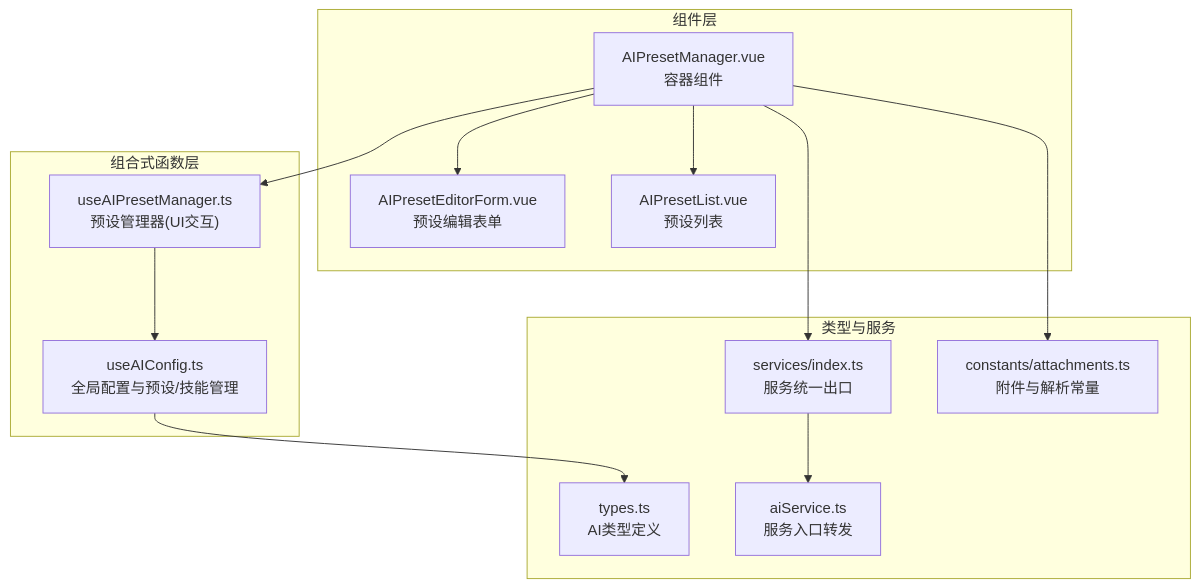
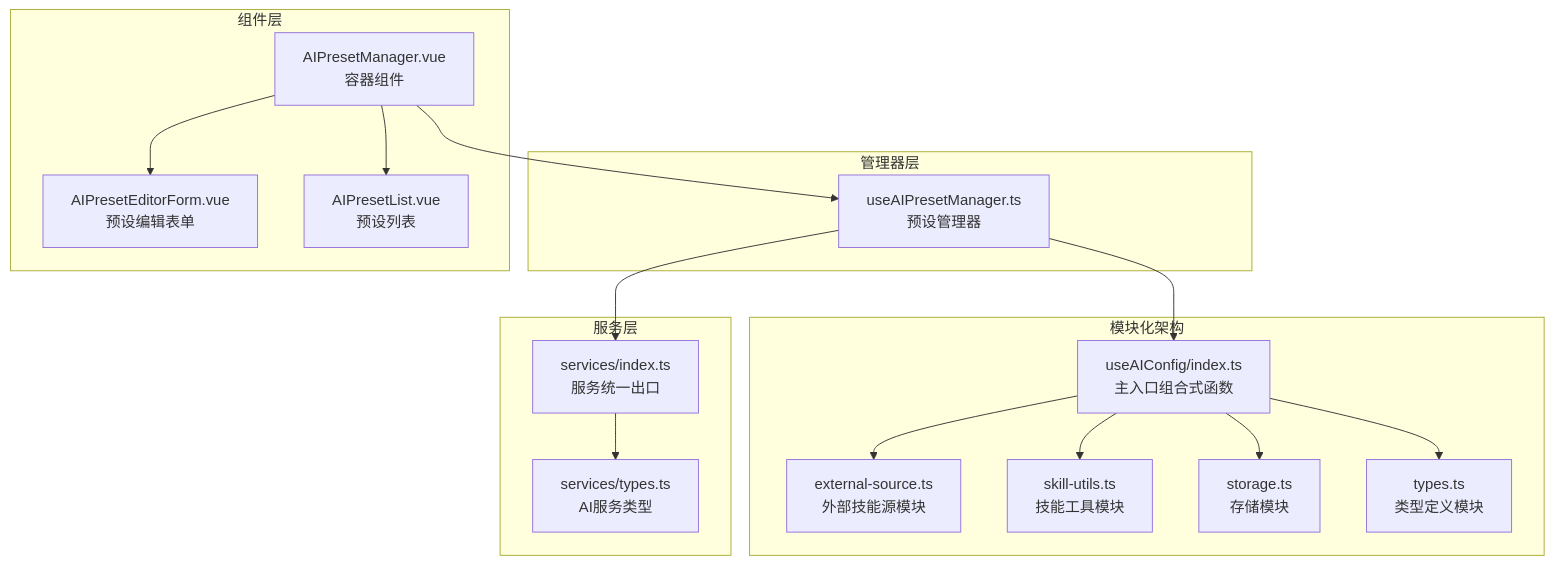
The first of 5 diagrams in .qoder/repowiki/zh/content/核心模块/AI助手系统/预设配置.md (xixixiaoyu/Todo), drawn with Mermaid before and after one commit. The commit also changed other lines of this file and 5 other files, not shown here.

````diff
--- a/.qoder/repowiki/zh/content/核心模块/AI助手系统/预设配置.md
+++ b/.qoder/repowiki/zh/content/核心模块/AI助手系统/预设配置.md
@@ -38,26 +53,32 @@
 ```mermaid
 graph TB
-subgraph "组合式函数层"
-UAC["useAIConfig.ts<br/>全局配置与预设/技能管理"]
-UPM["useAIPresetManager.ts<br/>预设管理器(UI交互)"]
+subgraph "模块化架构"
+UAC["useAIConfig/index.ts<br/>主入口组合式函数"]
+ES["external-source.ts<br/>外部技能源模块"]
+SU["skill-utils.ts<br/>技能工具模块"]
+ST["storage.ts<br/>存储模块"]
+TY["types.ts<br/>类型定义模块"]
+end
+subgraph "管理器层"
+UPM["useAIPresetManager.ts<br/>预设管理器"]
 end
 subgraph "组件层"
 PM["AIPresetManager.vue<br/>容器组件"]
 PEF["AIPresetEditorForm.vue<br/>预设编辑表单"]
 PL["AIPresetList.vue<br/>预设列表"]
 end
-subgraph "类型与服务"
-T["types.ts<br/>AI类型定义"]
-SI["services/index.ts<br/>服务统一出口"]
-AS["aiService.ts<br/>服务入口转发"]
-ATT["constants/attachments.ts<br/>附件与解析常量"]
+subgraph "服务层"
+SV["services/index.ts<br/>服务统一出口"]
+STY["services/types.ts<br/>AI服务类型"]
 end
+UAC --> ES
+UAC --> SU
+UAC --> ST
+UAC --> TY
+UPM --> UAC
 PM --> UPM
 PM --> PEF
 PM --> PL
-UPM --> UAC
-UAC --> T
-SI --> AS
-PM --> SI
-PM --> ATT
+UPM --> SV
+SV --> STY
 ```
````
